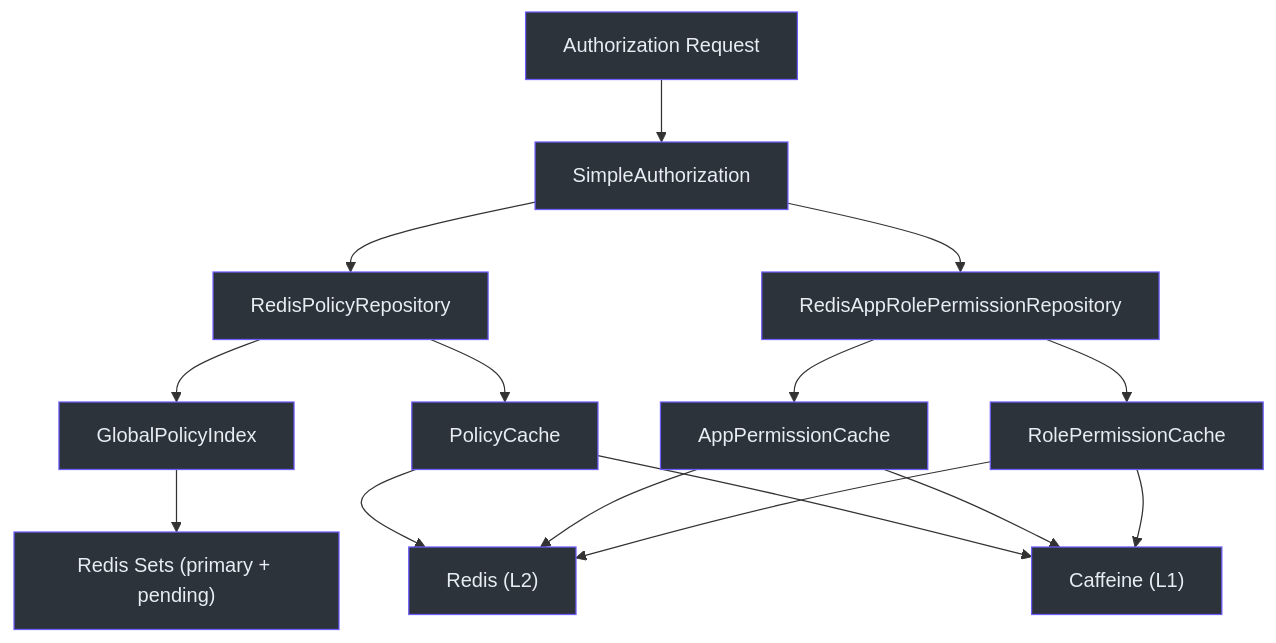
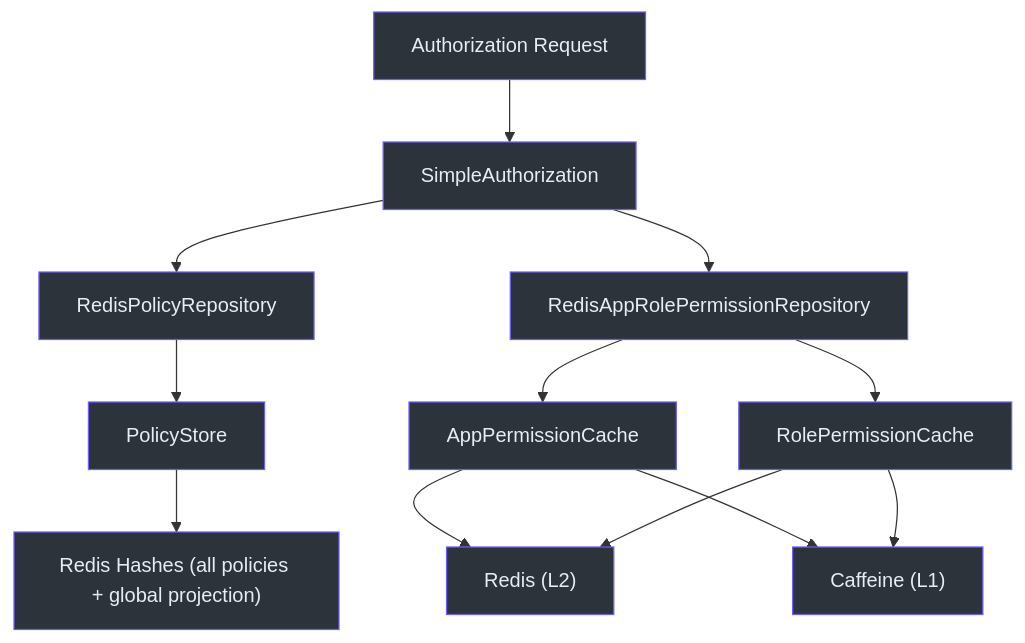
One commit to Ahoo-Wang/CoSec changed the first of 4 diagrams in wiki/deep-dive/integrations/redis-caching.md. Above: the diagram before and after it, drawn with Mermaid. The commit also changed other lines of this file and 26 other files, not shown here.

````diff
--- a/wiki/deep-dive/integrations/redis-caching.md
+++ b/wiki/deep-dive/integrations/redis-caching.md
@@ -12,32 +12,28 @@
 ```mermaid
 graph TD
     A["Authorization Request"] --> B["SimpleAuthorization"]
     B --> C["RedisPolicyRepository"]
     B --> D["RedisAppRolePermissionRepository"]
-    C --> E["GlobalPolicyIndex"]
-    C --> F["PolicyCache"]
+    C --> E["PolicyStore"]
     D --> G["AppPermissionCache"]
     D --> H["RolePermissionCache"]
-    E --> K["Redis Sets (primary + pending)"]
+    E --> K["Redis Hashes (all policies + global projection)"]
     I["Redis (L2)"]
     J["Caffeine (L1)"]
-    F --> I
     G --> I
     H --> I
-    F --> J
     G --> J
     H --> J
 
     style A fill:#2d333b,stroke:#6d5dfc,color:#e6edf3
     style B fill:#2d333b,stroke:#6d5dfc,color:#e6edf3
     style C fill:#2d333b,stroke:#6d5dfc,color:#e6edf3
     style D fill:#2d333b,stroke:#6d5dfc,color:#e6edf3
     style E fill:#2d333b,stroke:#6d5dfc,color:#e6edf3
-    style F fill:#2d333b,stroke:#6d5dfc,color:#e6edf3
     style G fill:#2d333b,stroke:#6d5dfc,color:#e6edf3
     style H fill:#2d333b,stroke:#6d5dfc,color:#e6edf3
     style I fill:#2d333b,stroke:#6d5dfc,color:#e6edf3
     style J fill:#2d333b,stroke:#6d5dfc,color:#e6edf3
     style K fill:#2d333b,stroke:#6d5dfc,color:#e6edf3
 
 ```
````
